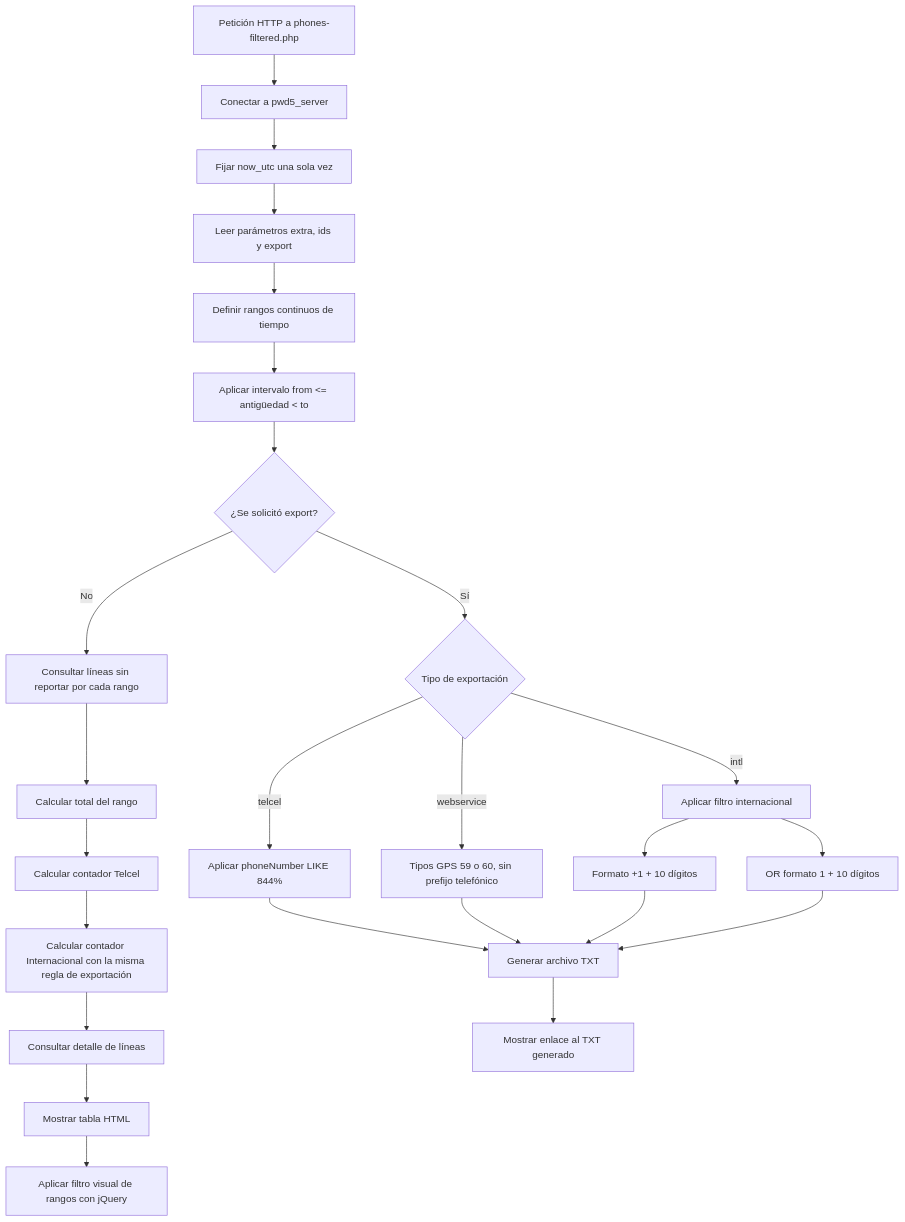
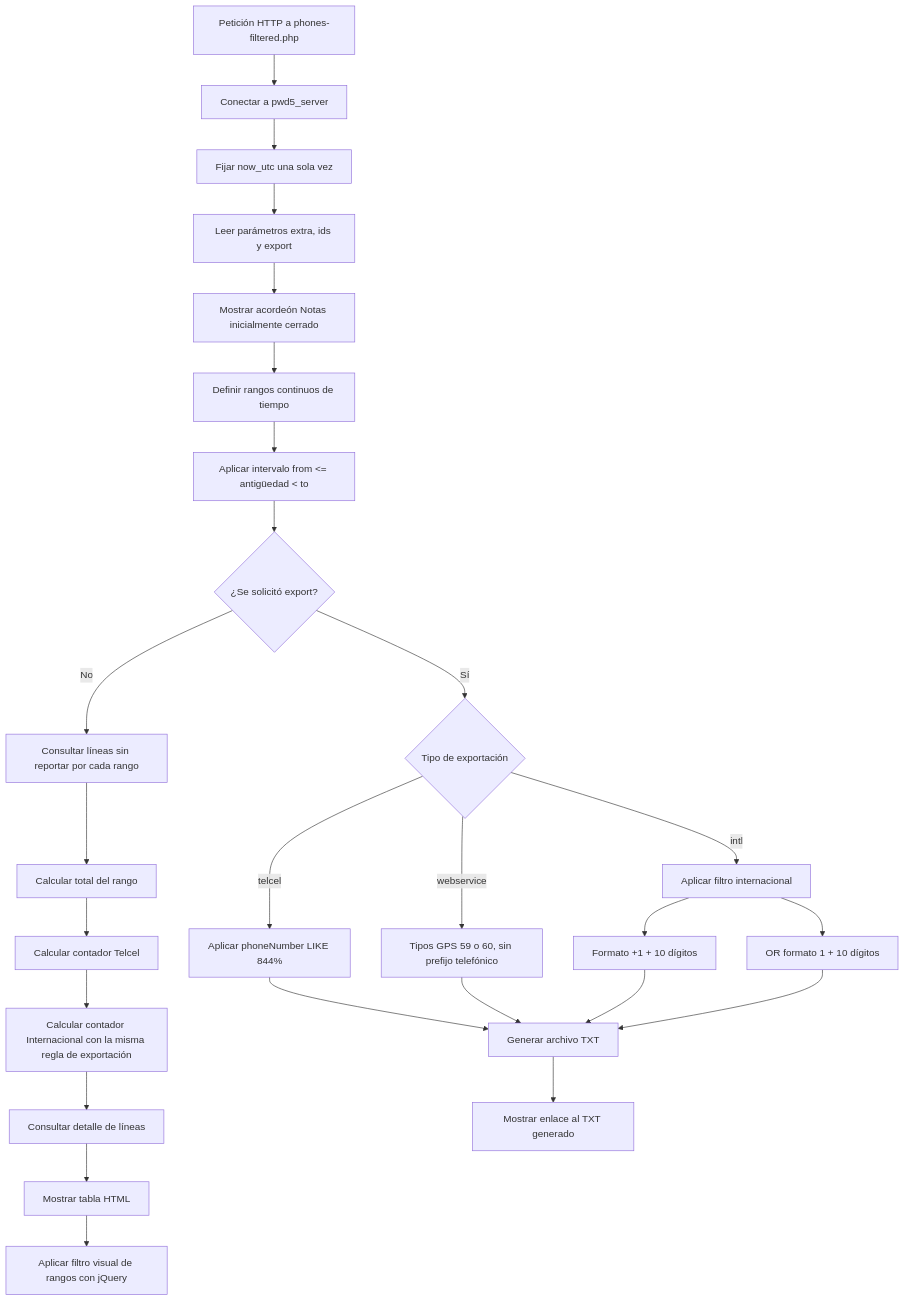
Before and after one commit to grupodeca/phones-filtered: the diagram in DIAGRAM.md, drawn with Mermaid. The commit also changed other lines of this file and 5 other files, not shown here.

````diff
--- a/DIAGRAM.md
+++ b/DIAGRAM.md
@@ -3,33 +3,34 @@
 ```mermaid
 flowchart TD
 	A[Petición HTTP a phones-filtered.php] --> B[Conectar a pwd5_server]
 	B --> B1[Fijar now_utc una sola vez]
 	B1 --> C[Leer parámetros extra, ids y export]
-	C --> D[Definir rangos continuos de tiempo]
+	C --> N0[Mostrar acordeón Notas inicialmente cerrado]
+	N0 --> D[Definir rangos continuos de tiempo]
 	D --> D1[Aplicar intervalo from <= antigüedad < to]
 	D1 --> E{¿Se solicitó export?}
 
 	E -- No --> J[Consultar líneas sin reportar por cada rango]
 	E -- Sí --> F{Tipo de exportación}
 
 	F -- telcel --> G[Aplicar phoneNumber LIKE 844%]
 	F -- intl --> H[Aplicar filtro internacional]
 	F -- webservice --> W[Tipos GPS 59 o 60, sin prefijo telefónico]
 
 	H --> H1[Formato +1 + 10 dígitos]
 	H --> H2[OR formato 1 + 10 dígitos]
 
 	G --> I[Generar archivo TXT]
 	W --> I
 	H1 --> I
 	H2 --> I
 
 	J --> K[Calcular total del rango]
 	K --> L[Calcular contador Telcel]
 	L --> M[Calcular contador Internacional con la misma regla de exportación]
 	M --> N[Consultar detalle de líneas]
 	N --> O[Mostrar tabla HTML]
 
 	I --> P[Mostrar enlace al TXT generado]
 	O --> Q[Aplicar filtro visual de rangos con jQuery]
 ```
````
